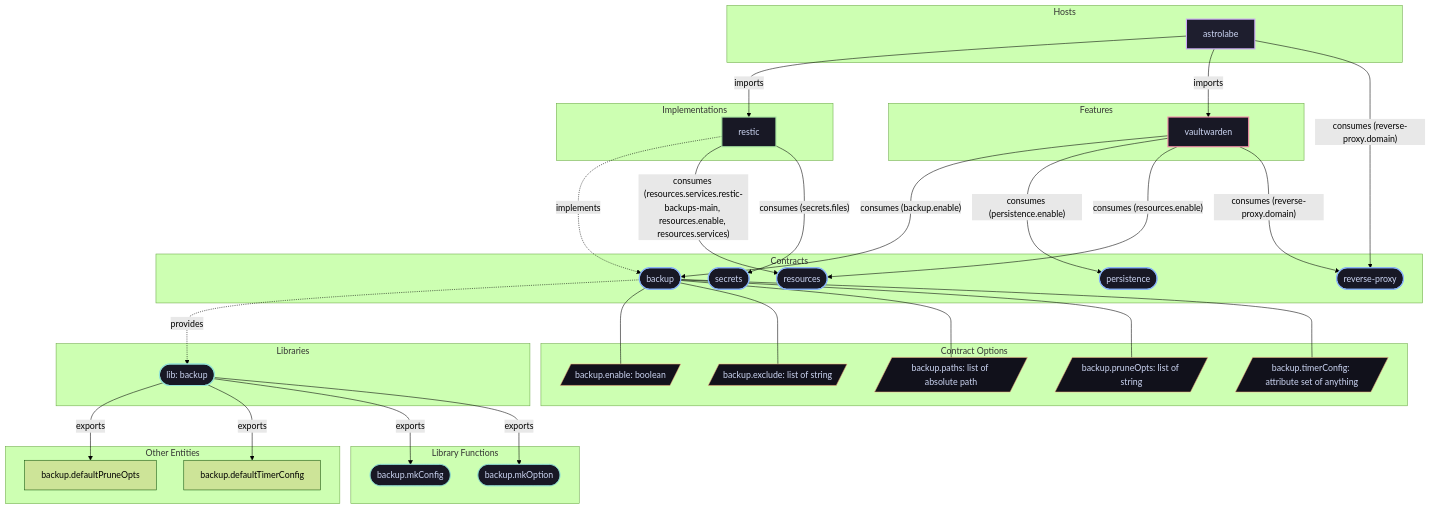
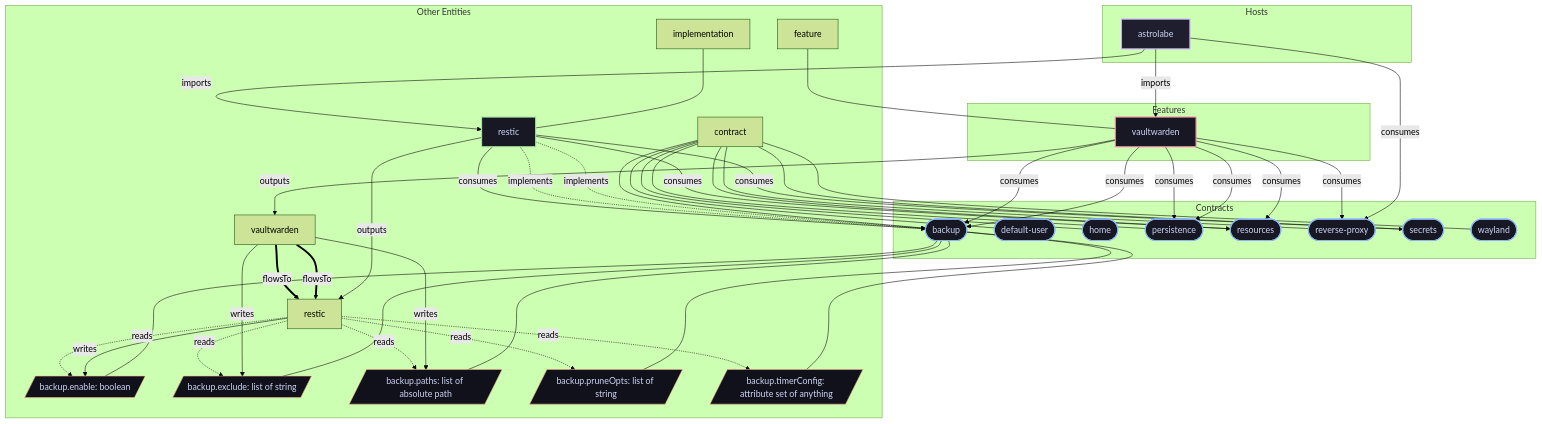
The diagram in docs/contracts/backup.md (LW-54/nixconf), drawn with Mermaid (forest theme) before and after one commit. The commit also changed other lines of this file and 183 other files, not shown here.

````diff
--- a/docs/contracts/backup.md
+++ b/docs/contracts/backup.md
@@ -15,68 +15,80 @@
 ```mermaid
 flowchart TD
     subgraph Hosts["Hosts"]
-        host__astrolabe["astrolabe"]:::hostNode
+        urn__nixconf__onto__host__astrolabe["astrolabe"]:::hostNode
     end
 
     subgraph Contracts["Contracts"]
-        contract__backup(["backup"]):::contractNode
-        contract__persistence(["persistence"]):::contractNode
-        contract__resources(["resources"]):::contractNode
-        contract__reverse_proxy(["reverse-proxy"]):::contractNode
-        contract__secrets(["secrets"]):::contractNode
-    end
-
-    subgraph Implementations["Implementations"]
-        impl__restic["restic"]:::implNode
+        urn__nixconf__onto__contract__backup(["backup"]):::contractNode
+        urn__nixconf__onto__contract__default_user(["default-user"]):::contractNode
+        urn__nixconf__onto__contract__home(["home"]):::contractNode
+        urn__nixconf__onto__contract__persistence(["persistence"]):::contractNode
+        urn__nixconf__onto__contract__resources(["resources"]):::contractNode
+        urn__nixconf__onto__contract__reverse_proxy(["reverse-proxy"]):::contractNode
+        urn__nixconf__onto__contract__secrets(["secrets"]):::contractNode
+        urn__nixconf__onto__contract__wayland(["wayland"]):::contractNode
     end
 
     subgraph Features["Features"]
-        feature__vaultwarden["vaultwarden"]:::featureNode
-    end
-
-    subgraph Libraries["Libraries"]
-        lib__backup(["lib: backup"]):::libNode
-    end
-
-    subgraph ContractOptions["Contract Options"]
-        opt__backup_enable[/"backup.enable: boolean"/]:::optNode
-        opt__backup_exclude[/"backup.exclude: list of string"/]:::optNode
-        opt__backup_paths[/"backup.paths: list of absolute path"/]:::optNode
-        opt__backup_pruneOpts[/"backup.pruneOpts: list of string"/]:::optNode
-        opt__backup_timerConfig[/"backup.timerConfig: attribute set of anything"/]:::optNode
-    end
-
-    subgraph Functions["Library Functions"]
-        fn__backup_mkConfig(["backup.mkConfig"]):::fnNode
-        fn__backup_mkOption(["backup.mkOption"]):::fnNode
+        urn__nixconf__onto__feature__vaultwarden["vaultwarden"]:::featureNode
     end
 
     subgraph OtherNodes["Other Entities"]
-        fn__backup_defaultPruneOpts["backup.defaultPruneOpts"]
-        fn__backup_defaultTimerConfig["backup.defaultTimerConfig"]
+        urn__nixconf__ast__module__restic["restic"]
+        urn__nixconf__ast__module__vaultwarden["vaultwarden"]
+        urn__nixconf__ast__option__backup_enable[/"backup.enable: boolean"/]:::optNode
+        urn__nixconf__ast__option__backup_exclude[/"backup.exclude: list of string"/]:::optNode
+        urn__nixconf__ast__option__backup_paths[/"backup.paths: list of absolute path"/]:::optNode
+        urn__nixconf__ast__option__backup_pruneOpts[/"backup.pruneOpts: list of string"/]:::optNode
+        urn__nixconf__ast__option__backup_timerConfig[/"backup.timerConfig: attribute set of anything"/]:::optNode
+        urn__nixconf__onto__implementation__restic["restic"]:::implNode
+        urn__nixconf__onto__primitive__contract["contract"]
+        urn__nixconf__onto__primitive__feature["feature"]
+        urn__nixconf__onto__primitive__implementation["implementation"]
     end
 
 
-    host__astrolabe -->|"imports"| impl__restic
-    host__astrolabe -->|"imports"| feature__vaultwarden
-    impl__restic -.->|"implements"| contract__backup
-    host__astrolabe -->|"consumes (reverse-proxy.domain)"| contract__reverse_proxy
-    feature__vaultwarden -->|"consumes (backup.enable)"| contract__backup
-    feature__vaultwarden -->|"consumes (persistence.enable)"| contract__persistence
-    feature__vaultwarden -->|"consumes (resources.enable)"| contract__resources
-    feature__vaultwarden -->|"consumes (reverse-proxy.domain)"| contract__reverse_proxy
-    impl__restic -->|"consumes (resources.services.restic-backups-main, resources.enable, resources.services)"| contract__resources
-    impl__restic -->|"consumes (secrets.files)"| contract__secrets
-    contract__backup -.->|"provides"| lib__backup
-    contract__backup --- opt__backup_enable
-    contract__backup --- opt__backup_exclude
-    contract__backup --- opt__backup_paths
-    contract__backup --- opt__backup_pruneOpts
-    contract__backup --- opt__backup_timerConfig
-    lib__backup -->|"exports"| fn__backup_defaultPruneOpts
-    lib__backup -->|"exports"| fn__backup_defaultTimerConfig
-    lib__backup -->|"exports"| fn__backup_mkConfig
-    lib__backup -->|"exports"| fn__backup_mkOption
+    urn__nixconf__ast__module__restic -.->|"reads"| urn__nixconf__ast__option__backup_enable
+    urn__nixconf__ast__module__restic -.->|"reads"| urn__nixconf__ast__option__backup_exclude
+    urn__nixconf__ast__module__restic -.->|"reads"| urn__nixconf__ast__option__backup_paths
+    urn__nixconf__ast__module__restic -.->|"reads"| urn__nixconf__ast__option__backup_pruneOpts
+    urn__nixconf__ast__module__restic -.->|"reads"| urn__nixconf__ast__option__backup_timerConfig
+    urn__nixconf__ast__module__restic -->|"writes"| urn__nixconf__ast__option__backup_enable
+    urn__nixconf__ast__module__vaultwarden ==>|"flowsTo"| urn__nixconf__ast__module__restic
+    urn__nixconf__ast__module__vaultwarden ==>|"flowsTo"| urn__nixconf__ast__module__restic
+    urn__nixconf__ast__module__vaultwarden -->|"writes"| urn__nixconf__ast__option__backup_exclude
+    urn__nixconf__ast__module__vaultwarden -->|"writes"| urn__nixconf__ast__option__backup_paths
+    urn__nixconf__onto__contract__backup --- urn__nixconf__ast__option__backup_enable
+    urn__nixconf__onto__contract__backup --- urn__nixconf__ast__option__backup_exclude
+    urn__nixconf__onto__contract__backup --- urn__nixconf__ast__option__backup_paths
+    urn__nixconf__onto__contract__backup --- urn__nixconf__ast__option__backup_pruneOpts
+    urn__nixconf__onto__contract__backup --- urn__nixconf__ast__option__backup_timerConfig
+    urn__nixconf__onto__feature__vaultwarden -->|"outputs"| urn__nixconf__ast__module__vaultwarden
+    urn__nixconf__onto__feature__vaultwarden -->|"consumes"| urn__nixconf__onto__contract__backup
+    urn__nixconf__onto__feature__vaultwarden -->|"consumes"| urn__nixconf__onto__contract__backup
+    urn__nixconf__onto__feature__vaultwarden -->|"consumes"| urn__nixconf__onto__contract__persistence
+    urn__nixconf__onto__feature__vaultwarden -->|"consumes"| urn__nixconf__onto__contract__persistence
+    urn__nixconf__onto__feature__vaultwarden -->|"consumes"| urn__nixconf__onto__contract__resources
+    urn__nixconf__onto__feature__vaultwarden -->|"consumes"| urn__nixconf__onto__contract__reverse_proxy
+    urn__nixconf__onto__host__astrolabe -->|"consumes"| urn__nixconf__onto__contract__reverse_proxy
+    urn__nixconf__onto__host__astrolabe -->|"imports"| urn__nixconf__onto__feature__vaultwarden
+    urn__nixconf__onto__host__astrolabe -->|"imports"| urn__nixconf__onto__implementation__restic
+    urn__nixconf__onto__implementation__restic -->|"outputs"| urn__nixconf__ast__module__restic
+    urn__nixconf__onto__implementation__restic -->|"consumes"| urn__nixconf__onto__contract__backup
+    urn__nixconf__onto__implementation__restic -->|"consumes"| urn__nixconf__onto__contract__resources
+    urn__nixconf__onto__implementation__restic -->|"consumes"| urn__nixconf__onto__contract__secrets
+    urn__nixconf__onto__implementation__restic -.->|"implements"| urn__nixconf__onto__contract__backup
+    urn__nixconf__onto__implementation__restic -.->|"implements"| urn__nixconf__onto__contract__backup
+    urn__nixconf__onto__primitive__contract --- urn__nixconf__onto__contract__backup
+    urn__nixconf__onto__primitive__contract --- urn__nixconf__onto__contract__default_user
+    urn__nixconf__onto__primitive__contract --- urn__nixconf__onto__contract__home
+    urn__nixconf__onto__primitive__contract --- urn__nixconf__onto__contract__persistence
+    urn__nixconf__onto__primitive__contract --- urn__nixconf__onto__contract__resources
+    urn__nixconf__onto__primitive__contract --- urn__nixconf__onto__contract__reverse_proxy
+    urn__nixconf__onto__primitive__contract --- urn__nixconf__onto__contract__secrets
+    urn__nixconf__onto__primitive__contract --- urn__nixconf__onto__contract__wayland
+    urn__nixconf__onto__primitive__feature --- urn__nixconf__onto__feature__vaultwarden
+    urn__nixconf__onto__primitive__implementation --- urn__nixconf__onto__implementation__restic
 
 classDef hostNode fill:#1e1e2e,stroke:#cba6f7,stroke-width:2px,color:#cdd6f4;
 classDef contractNode fill:#181825,stroke:#89b4fa,stroke-width:2px,color:#cdd6f4;
````
